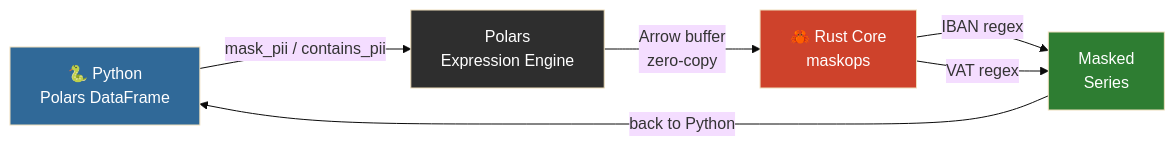
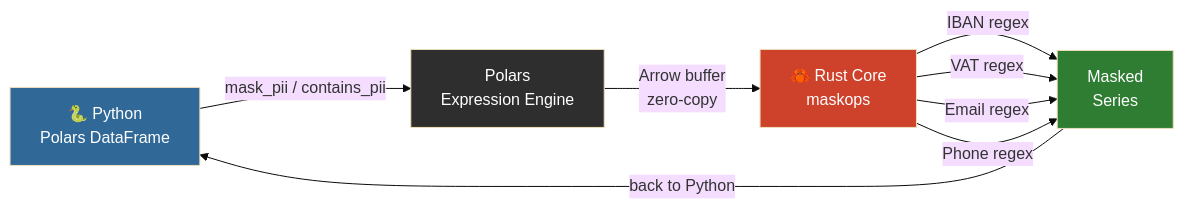
One commit to fcarvajalbrown/MaskOps changed the diagram in README.md. Above: the diagram before and after it, drawn with Mermaid (base theme). The commit also changed other lines of this file and 9 other files, not shown here.

Commit message:
v0.1.1: email and phone masking

````diff
--- a/README.md
+++ b/README.md
@@ -10,13 +10,15 @@
 ```mermaid
 flowchart LR
     A[🐍 Python\nPolars DataFrame] -->|mask_pii / contains_pii| B[Polars\nExpression Engine]
     B -->|Arrow buffer\nzero-copy| C[🦀 Rust Core\nmaskops]
     C -->|IBAN regex| D[Masked\nSeries]
     C -->|VAT regex| D
+    C -->|Email regex| D
+    C -->|Phone regex| D
     D -->|back to Python| A
 
     style A fill:#306998,color:#fff
     style C fill:#CE422B,color:#fff
     style B fill:#2E2E2E,color:#fff
     style D fill:#2E7D32,color:#fff
 ```
````
